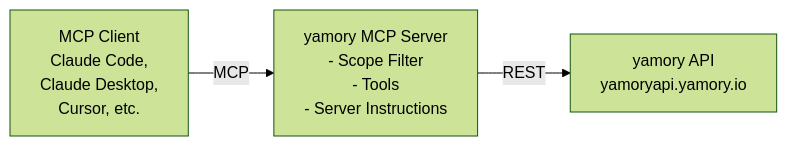
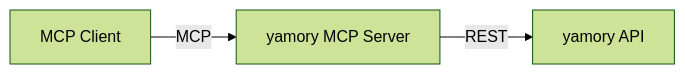
The diagram in README.md (AranSeshita/yamory-mcp-server), drawn with Mermaid (forest theme) before and after one commit. The commit also changed other lines of this file, not shown here.

Commit message:
fix: update README for clarity on scope-based access control and environment variables

````diff
--- a/README.md
+++ b/README.md
@@ -154,5 +149,4 @@
 ```mermaid
-graph LR
-    A[MCP Client<br>Claude Code,<br>Claude Desktop,<br>Cursor, etc.] -->|MCP| B[yamory MCP Server<br>- Scope Filter<br>- Tools<br>- Server Instructions]
-    B -->|REST| C[yamory API<br>yamoryapi.yamory.io]
+flowchart LR
+    A[MCP Client] -- MCP --> B[yamory MCP Server] -- REST --> C[yamory API]
 ```
````
